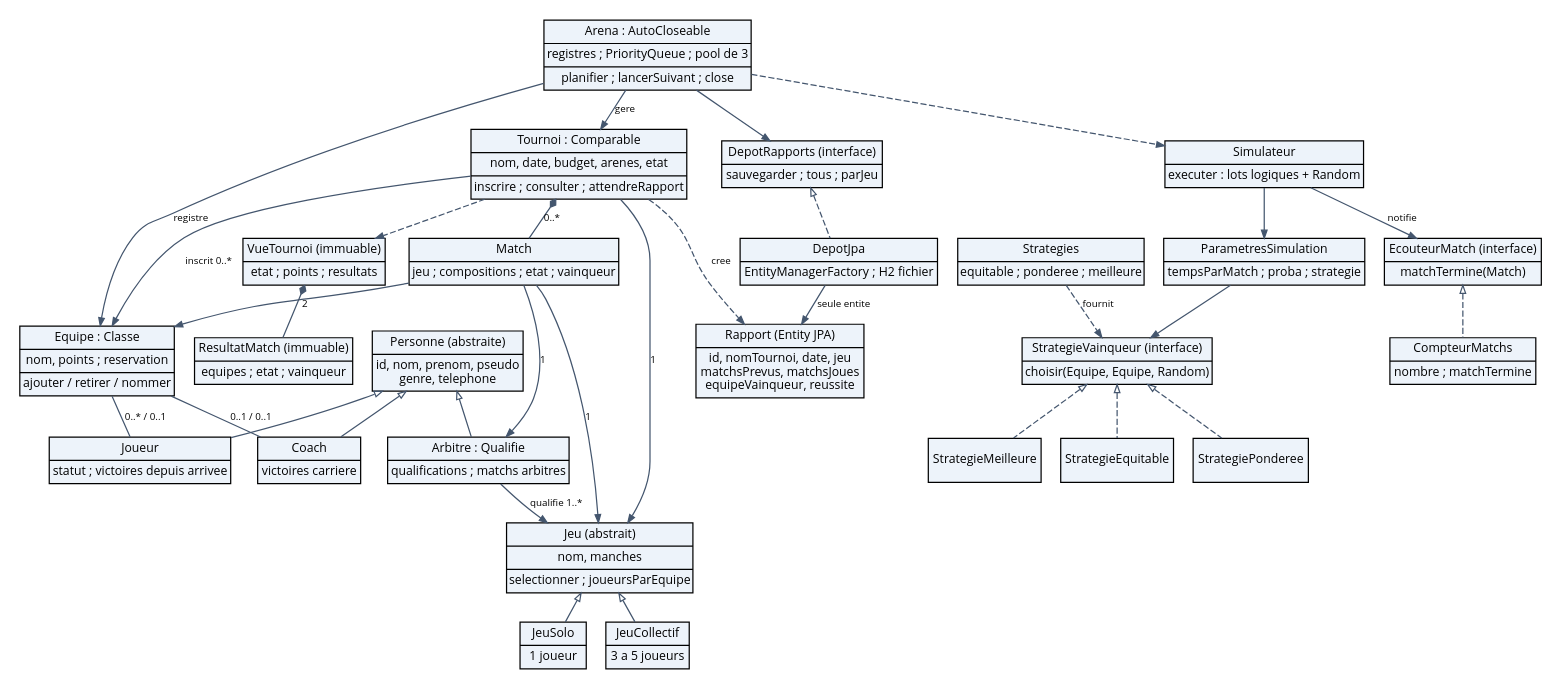
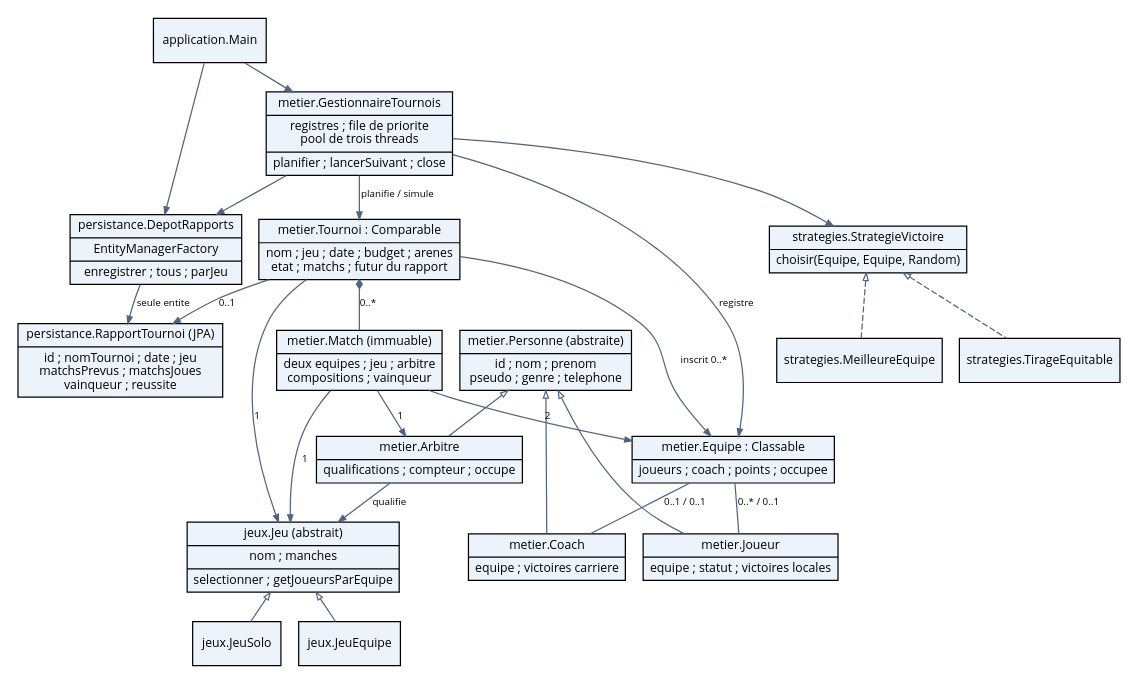
Before and after one commit to TomGrpt/POO: the diagram in docs/classes.dot, drawn with Graphviz. The commit also changed 79 other files, not shown here.

```diff
--- a/docs/classes.dot
+++ b/docs/classes.dot
@@ -1,46 +1,46 @@
-digraph UML {
- graph [rankdir=TB, bgcolor="white", nodesep=0.22, ranksep=0.3, pad=0.12];
- node [shape=record, style=filled, fillcolor="#edf3fa", fontname="Open Sans", fontsize=10, margin="0.07,0.05"];
- edge [fontname="Open Sans", fontsize=8, color="#44566e", arrowsize=0.65];
- Personne [label="{Personne (abstraite)|id, nom, prenom, pseudo\ngenre, telephone}"];
- Joueur [label="{Joueur|statut ; victoires depuis arrivee}"]; Coach [label="{Coach|victoires carriere}"];
- Arbitre [label="{Arbitre : Qualifie|qualifications ; matchs arbitres}"];
- Equipe [label="{Equipe : Classe|nom, points ; reservation|ajouter / retirer / nommer}"];
- Jeu [label="{Jeu (abstrait)|nom, manches|selectionner ; joueursParEquipe}"];
- JeuSolo [label="{JeuSolo|1 joueur}"]; JeuCollectif [label="{JeuCollectif|3 a 5 joueurs}"];
- Tournoi [label="{Tournoi : Comparable|nom, date, budget, arenes, etat|inscrire ; consulter ; attendreRapport}"];
- Match [label="{Match|jeu ; compositions ; etat ; vainqueur}"];
- Arena [label="{Arena : AutoCloseable|registres ; PriorityQueue ; pool de 3|planifier ; lancerSuivant ; close}"];
- Rapport [label="{Rapport (Entity JPA)|id, nomTournoi, date, jeu\nmatchsPrevus, matchsJoues\nequipeVainqueur, reussite}"];
- DepotRapports [label="{DepotRapports (interface)|sauvegarder ; tous ; parJeu}"];
- DepotJpa [label="{DepotJpa|EntityManagerFactory ; H2 fichier}"];
- Simulateur [label="{Simulateur|executer : lots logiques + Random}"];
- Strategie [label="{StrategieVainqueur (interface)|choisir(Equipe, Equipe, Random)}"];
- Strategies [label="{Strategies|equitable ; ponderee ; meilleure}"];
- Observer [label="{EcouteurMatch (interface)|matchTermine(Match)}"];
- Parametres [label="{ParametresSimulation|tempsParMatch ; proba ; strategie}"];
- Vue [label="{VueTournoi (immuable)|etat ; points ; resultats}"];
- {rank=same; Joueur; Coach; Arbitre;}
- {rank=same; JeuSolo; JeuCollectif;}
- Personne -> Joueur [dir=back,arrowtail=empty]; Personne -> Coach [dir=back,arrowtail=empty]; Personne -> Arbitre [dir=back,arrowtail=empty];
- Equipe -> Joueur [label="0..* / 0..1",arrowhead=none]; Equipe -> Coach [label="0..1 / 0..1",arrowhead=none];
- Jeu -> JeuSolo [dir=back,arrowtail=empty]; Jeu -> JeuCollectif [dir=back,arrowtail=empty];
- Arbitre -> Jeu [label="qualifie 1..*"];
- Arena -> Tournoi [label="gere"]; Arena -> Equipe [label="registre"]; Arena -> DepotRapports;
- Tournoi -> Equipe [label="inscrit 0..*"]; Tournoi -> Match [label="0..*",dir=both,arrowtail=diamond,arrowhead=none];
- Tournoi -> Jeu [label="1"]; Match -> Arbitre [label="1"]; Match -> Equipe [label="2"]; Match -> Jeu [label="1"];
- Tournoi -> Rapport [style=dashed,label="cree"]; Tournoi -> Vue [style=dashed];
- DepotRapports -> DepotJpa [dir=back,arrowtail=empty,style=dashed]; DepotJpa -> Rapport [label="seule entite"];
- Arena -> Simulateur [style=dashed]; Simulateur -> Parametres; Parametres -> Strategie;
- Strategies -> Strategie [style=dashed,label="fournit"]; Simulateur -> Observer [label="notifie"];
- StrategieEquitable [label="StrategieEquitable"];
- StrategiePonderee [label="StrategiePonderee"];
- StrategieMeilleure [label="StrategieMeilleure"];
- CompteurMatchs [label="{CompteurMatchs|nombre ; matchTermine}"];
- ResultatMatch [label="{ResultatMatch (immuable)|equipes ; etat ; vainqueur}"];
- Strategie -> StrategieEquitable [dir=back,arrowtail=empty,style=dashed];
- Strategie -> StrategiePonderee [dir=back,arrowtail=empty,style=dashed];
- Strategie -> StrategieMeilleure [dir=back,arrowtail=empty,style=dashed];
- Observer -> CompteurMatchs [dir=back,arrowtail=empty,style=dashed];
- Vue -> ResultatMatch [dir=both,arrowtail=diamond,arrowhead=none];
+digraph Arena {
+ graph [rankdir=TB, nodesep=0.2, ranksep=0.3, pad=0.1];
+ node [shape=record, fontname="Open Sans", fontsize=10, style=filled, fillcolor="#edf3fa"];
+ edge [fontname="Open Sans", fontsize=8, arrowsize=0.6, color="#53647c"];
+ Main [label="application.Main"];
+ Gestion [label="{metier.GestionnaireTournois|registres ; file de priorite\npool de trois threads|planifier ; lancerSuivant ; close}"];
+ Personne [label="{metier.Personne (abstraite)|id ; nom ; prenom\npseudo ; genre ; telephone}"];
+ Joueur [label="{metier.Joueur|equipe ; statut ; victoires locales}"];
+ Coach [label="{metier.Coach|equipe ; victoires carriere}"];
+ Arbitre [label="{metier.Arbitre|qualifications ; compteur ; occupe}"];
+ Equipe [label="{metier.Equipe : Classable|joueurs ; coach ; points ; occupee}"];
+ Tournoi [label="{metier.Tournoi : Comparable|nom ; jeu ; date ; budget ; arenes\netat ; matchs ; futur du rapport}"];
+ Match [label="{metier.Match (immuable)|deux equipes ; jeu ; arbitre\ncompositions ; vainqueur}"];
+ Jeu [label="{jeux.Jeu (abstrait)|nom ; manches|selectionner ; getJoueursParEquipe}"];
+ Solo [label="jeux.JeuSolo"];
+ Collectif [label="jeux.JeuEquipe"];
+ Strategie [label="{strategies.StrategieVictoire|choisir(Equipe, Equipe, Random)}"];
+ Equitable [label="strategies.TirageEquitable"];
+ Meilleure [label="strategies.MeilleureEquipe"];
+ Depot [label="{persistance.DepotRapports|EntityManagerFactory|enregistrer ; tous ; parJeu}"];
+ Rapport [label="{persistance.RapportTournoi (JPA)|id ; nomTournoi ; date ; jeu\nmatchsPrevus ; matchsJoues\nvainqueur ; reussite}"];
+ Main -> Gestion;
+ Main -> Depot;
+ Gestion -> Tournoi [label="planifie / simule"];
+ Gestion -> Depot;
+ Gestion -> Strategie;
+ Gestion -> Equipe [label="registre"];
+ Tournoi -> Equipe [label="inscrit 0..*"];
+ Tournoi -> Match [dir=both,arrowtail=diamond,arrowhead=none,label="0..*"];
+ Tournoi -> Jeu [label="1"];
+ Tournoi -> Rapport [label="0..1"];
+ Match -> Arbitre [label="1"];
+ Match -> Equipe [label="2"];
+ Match -> Jeu [label="1"];
+ Equipe -> Joueur [arrowhead=none,label="0..* / 0..1"];
+ Equipe -> Coach [arrowhead=none,label="0..1 / 0..1"];
+ Personne -> Joueur [dir=back,arrowtail=empty];
+ Personne -> Coach [dir=back,arrowtail=empty];
+ Personne -> Arbitre [dir=back,arrowtail=empty];
+ Arbitre -> Jeu [label="qualifie"];
+ Jeu -> Solo [dir=back,arrowtail=empty];
+ Jeu -> Collectif [dir=back,arrowtail=empty];
+ Strategie -> Equitable [dir=back,arrowtail=empty,style=dashed];
+ Strategie -> Meilleure [dir=back,arrowtail=empty,style=dashed];
+ Depot -> Rapport [label="seule entite"];
 }
```
